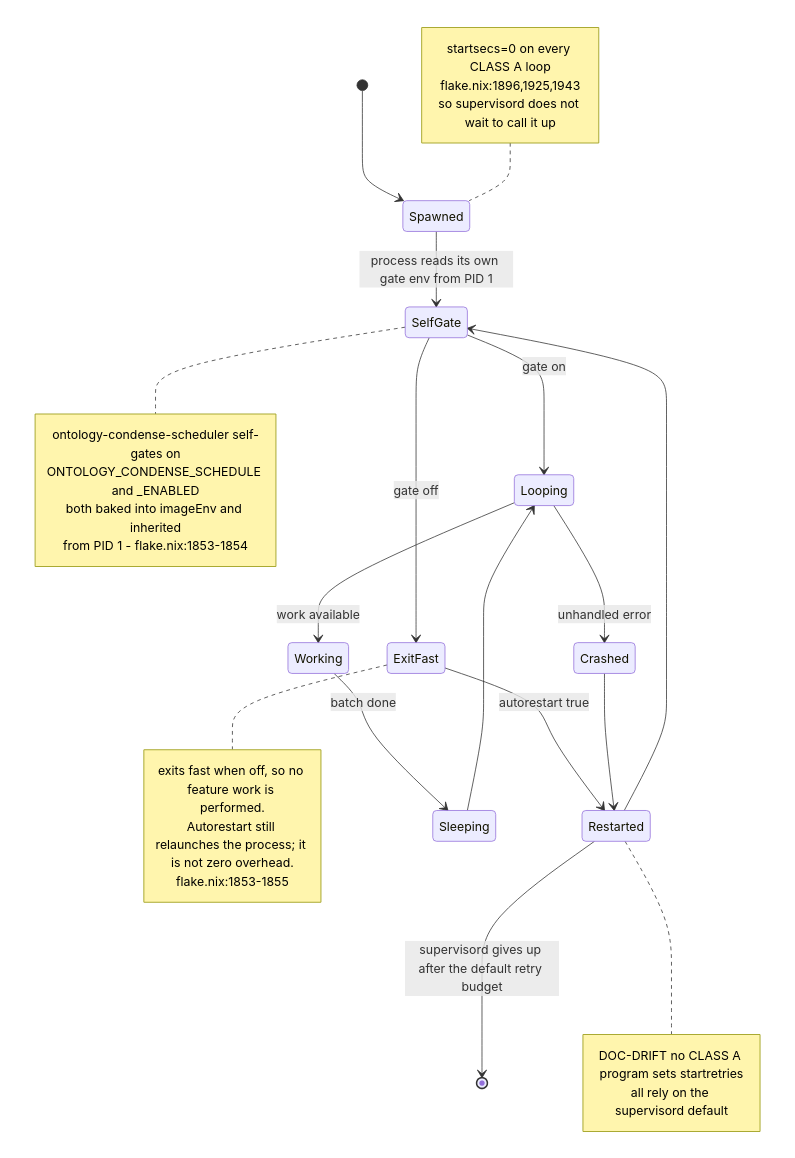
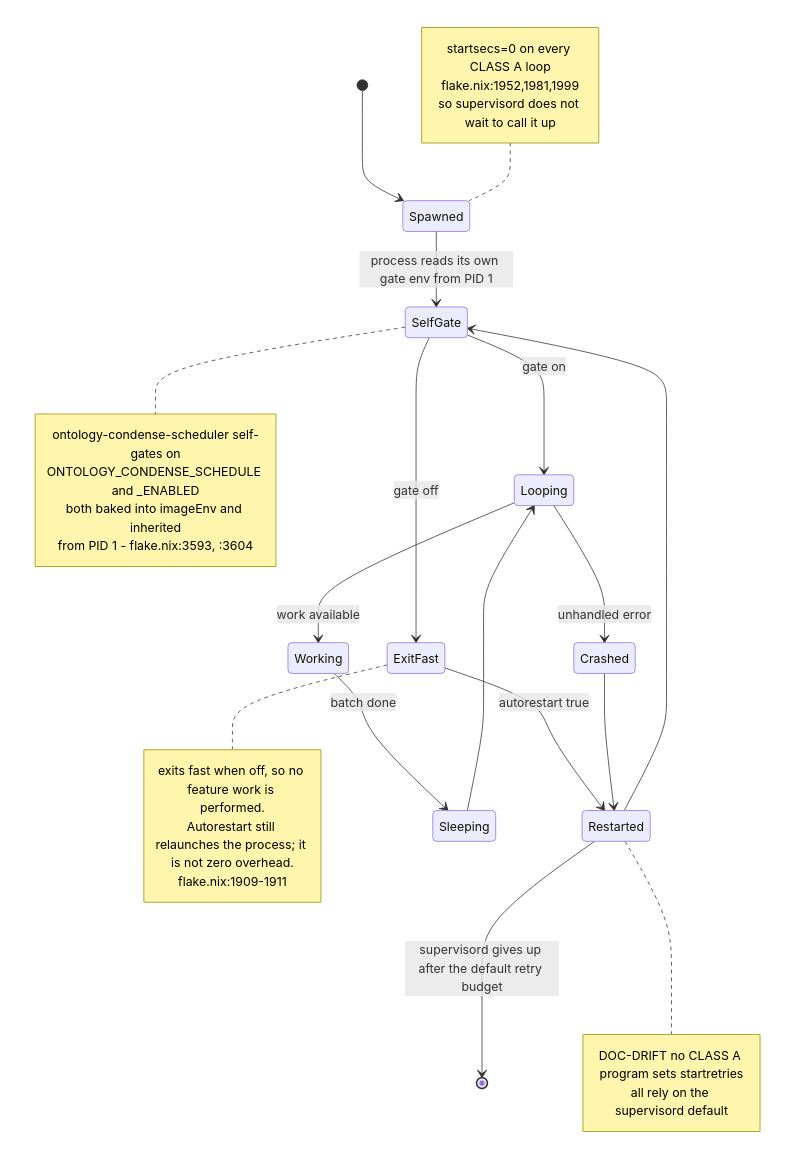
One commit to DreamLab-AI/VisionFlow changed the second of 9 diagrams in docs/diagrams/agentbox/07-daemons-reapers-cron-backups.md. Above: the diagram before and after it, drawn with Mermaid. The commit also changed other lines of this file and 28 other files, not shown here.

````diff
--- a/docs/diagrams/agentbox/07-daemons-reapers-cron-backups.md
+++ b/docs/diagrams/agentbox/07-daemons-reapers-cron-backups.md
@@ -47,36 +47,36 @@
 ```mermaid
 stateDiagram-v2
     [*] --> Spawned
     Spawned --> SelfGate: process reads its own gate env from PID 1
     SelfGate --> ExitFast: gate off
     SelfGate --> Looping: gate on
     ExitFast --> Restarted: autorestart true
     Restarted --> SelfGate
     Looping --> Working: work available
     Working --> Sleeping: batch done
     Sleeping --> Looping
     Looping --> Crashed: unhandled error
     Crashed --> Restarted
     Restarted --> [*]: supervisord gives up after the default retry budget
 
     note right of SelfGate
         ontology-condense-scheduler self-gates on
         ONTOLOGY_CONDENSE_SCHEDULE and _ENABLED
         both baked into imageEnv and inherited
-        from PID 1 - flake.nix:1853-1854
+        from PID 1 - flake.nix:3593, :3604
     end note
     note right of ExitFast
         exits fast when off, so no feature work is performed.
         Autorestart still relaunches the process; it is not zero overhead.
-        flake.nix:1853-1855
+        flake.nix:1909-1911
     end note
     note left of Spawned
         startsecs=0 on every CLASS A loop
-        flake.nix:1896,1925,1943
+        flake.nix:1952,1981,1999
         so supervisord does not wait to call it up
     end note
     note right of Restarted
         DOC-DRIFT no CLASS A program sets startretries
         all rely on the supervisord default
     end note
 ```
````
